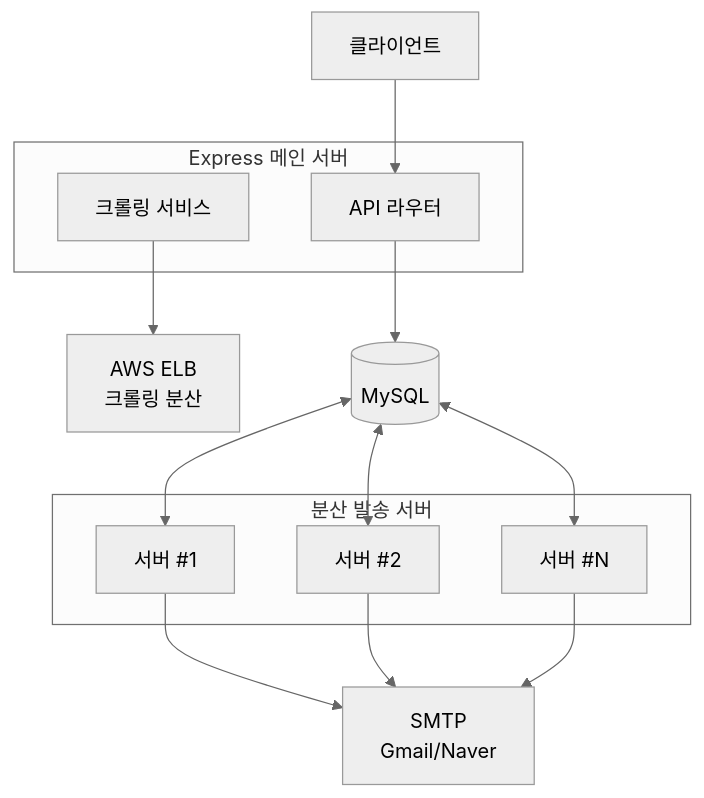
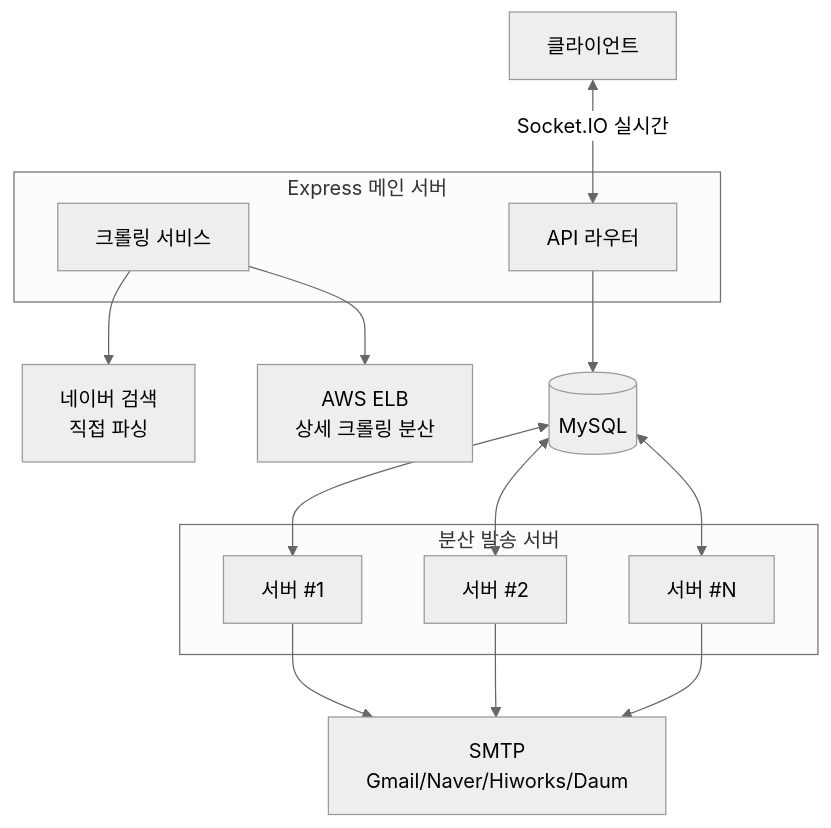
The first of 2 diagrams in content/resume.md (bis0908/fork-my-brain), drawn with Mermaid (neutral theme) before and after one commit. The commit also changed other lines of this file and 9 other files, not shown here.

````diff
--- a/content/resume.md
+++ b/content/resume.md
@@ -92,25 +92,27 @@
 ```mermaid
 flowchart TB
     Client[클라이언트]
     
     subgraph MainServer[Express 메인 서버]
         API[API 라우터]
         Crawler[크롤링 서비스]
     end
     
     subgraph MailServers[분산 발송 서버]
         MS1[서버 #1]
         MS2[서버 #2]
         MSN[서버 #N]
     end
     
-    ELB[AWS ELB<br/>크롤링 분산]
+    Naver[네이버 검색<br/>직접 파싱]
+    ELB[AWS ELB<br/>상세 크롤링 분산]
     DB[(MySQL)]
-    SMTP[SMTP<br/>Gmail/Naver]
+    SMTP[SMTP<br/>Gmail/Naver/Hiworks/Daum]
     
-    Client --> API
+    Client <-->|Socket.IO 실시간| API
     API --> DB
+    Crawler --> Naver
     Crawler --> ELB
     DB <--> MS1 & MS2 & MSN
     MS1 & MS2 & MSN --> SMTP
 ```
````
